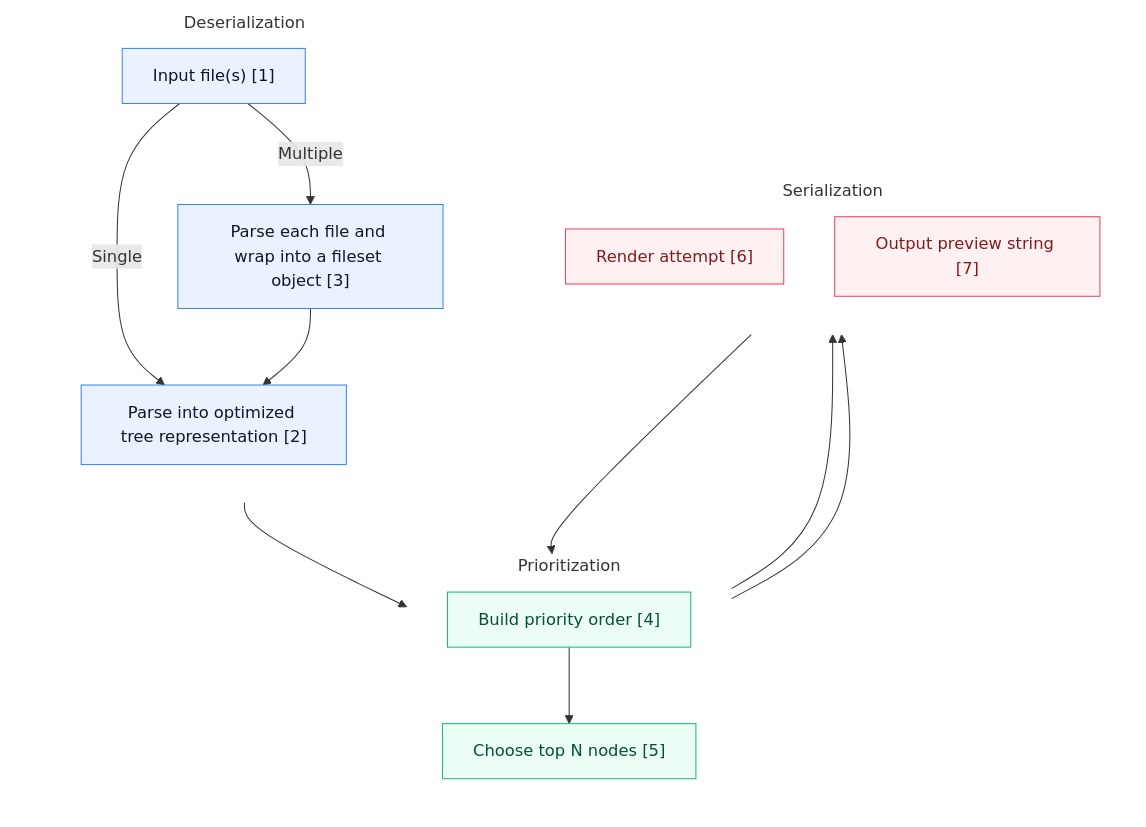
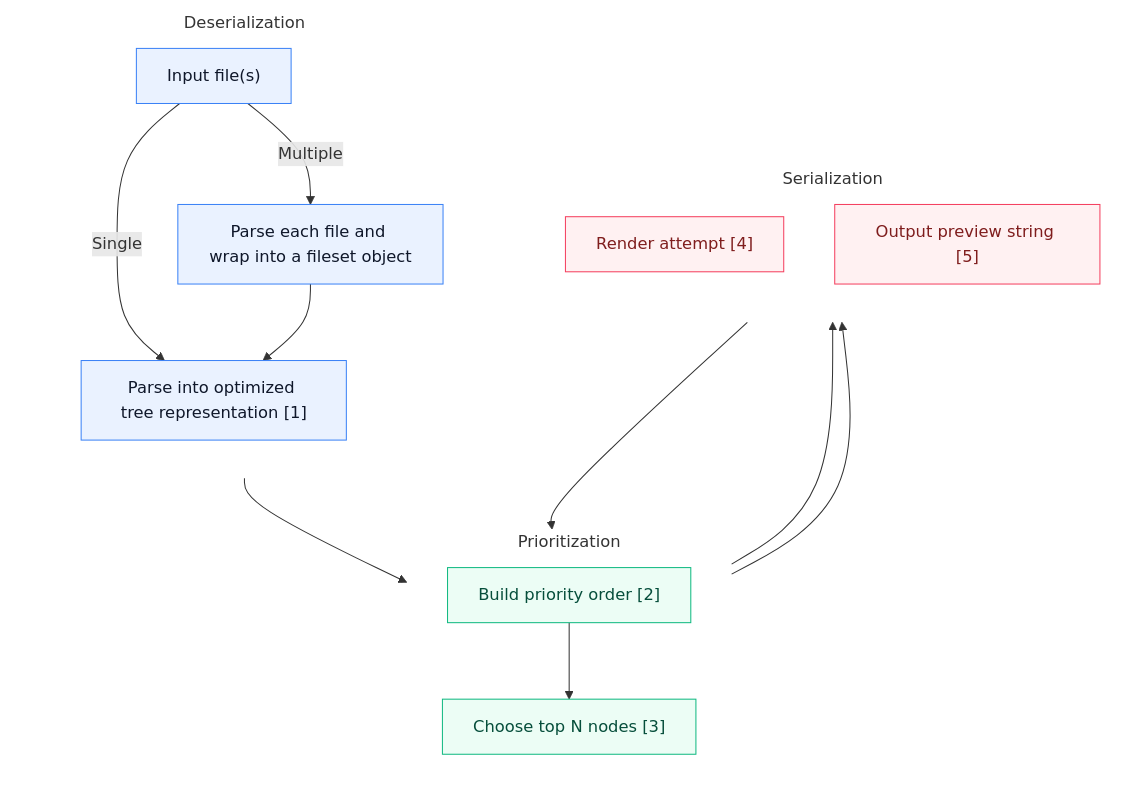
Before and after one commit to kantord/headson: the diagram in README.md, drawn with Mermaid. The commit also changed other lines of this file, not shown here.

````diff
--- a/README.md
+++ b/README.md
@@ -153,36 +153,36 @@
 ```mermaid
 %%{init: {"themeCSS": ".cluster > rect { fill: transparent; stroke: transparent; } .clusterLabel > text { font-size: 16px; font-weight: 600; } .clusterLabel span { padding: 6px 10px; font-size: 16px; font-weight: 600; }"}}%%
 flowchart TD
     subgraph Deserialization
         direction TB
-        A["Input file(s) [1]"]
-        A -- Single --> C["Parse into optimized tree representation [2]"]
-        A -- Multiple --> D["Parse each file and wrap into a fileset object [3]"]
+        A["Input file(s)"]
+        A -- Single --> C["Parse into optimized tree representation [1]"]
+        A -- Multiple --> D["Parse each file and wrap into a fileset object"]
         D --> C
     end
     subgraph Prioritization
         direction TB
-        E["Build priority order [4]"]
-        F["Choose top N nodes [5]"]
+        E["Build priority order [2]"]
+        F["Choose top N nodes [3]"]
     end
     subgraph Serialization
         direction TB
-        G["Render attempt [6]"]
-        H["Output preview string [7]"]
+        G["Render attempt [4]"]
+        H["Output preview string [5]"]
     end
     C --> E
     E --> F
     F --> G
     G --> F
     F --> H
     %% Color classes for categories
     classDef des fill:#eaf2ff,stroke:#3b82f6,stroke-width:1px,color:#0f172a;
     classDef prio fill:#ecfdf5,stroke:#10b981,stroke-width:1px,color:#064e3b;
     classDef ser fill:#fff1f2,stroke:#f43f5e,stroke-width:1px,color:#7f1d1d;
     class A,C,D des;
     class E,F prio;
     class G,H ser;
     style Deserialization fill:transparent,stroke:transparent
     style Prioritization fill:transparent,stroke:transparent
     style Serialization fill:transparent,stroke:transparent
 ```
````
